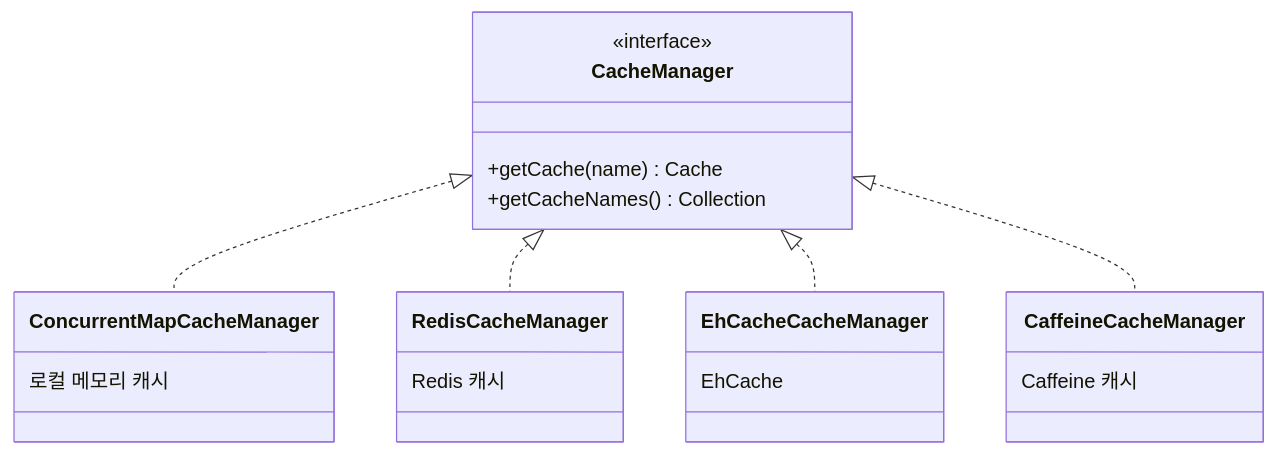
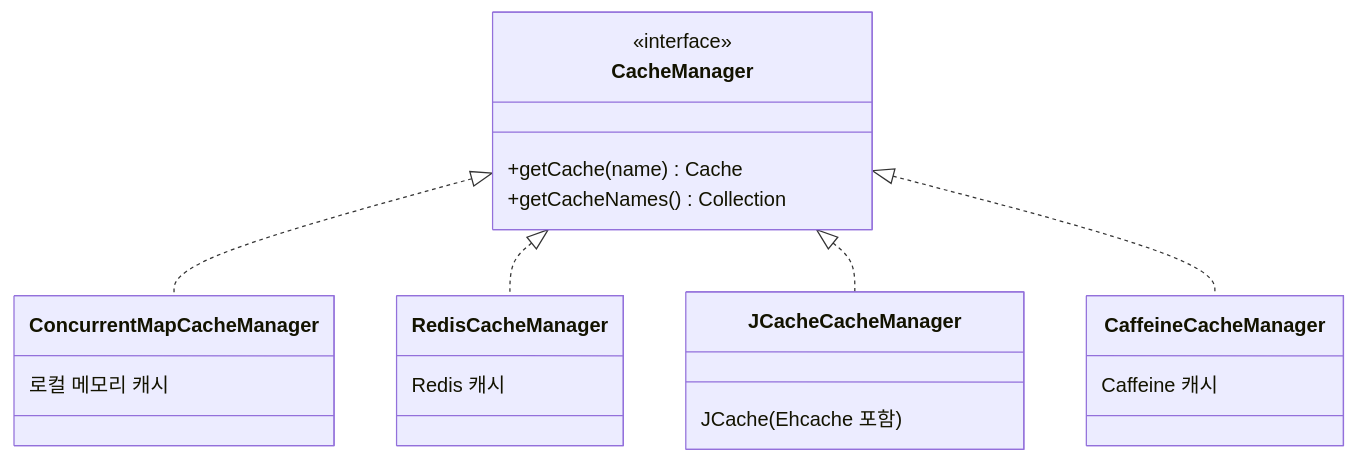
Before and after one commit to wisehero/Head-First-DesignPattern: the fifth of 5 diagrams in src/Chapter_01/strategy/Strategy_In_Spring.md, drawn with Mermaid. The commit also changed other lines of this file and 2 other files, not shown here.

````diff
--- a/src/Chapter_01/strategy/Strategy_In_Spring.md
+++ b/src/Chapter_01/strategy/Strategy_In_Spring.md
@@ -232,29 +231,29 @@
 ```mermaid
 classDiagram
     class CacheManager {
         <<interface>>
         +getCache(name) Cache
         +getCacheNames() Collection
     }
 
     class ConcurrentMapCacheManager {
         로컬 메모리 캐시
     }
 
     class RedisCacheManager {
         Redis 캐시
     }
 
-    class EhCacheCacheManager {
-        EhCache
+    class JCacheCacheManager {
+        JCache (Ehcache 포함)
     }
 
     class CaffeineCacheManager {
         Caffeine 캐시
     }
 
     CacheManager <|.. ConcurrentMapCacheManager
     CacheManager <|.. RedisCacheManager
-    CacheManager <|.. EhCacheCacheManager
+    CacheManager <|.. JCacheCacheManager
     CacheManager <|.. CaffeineCacheManager
 ```
````
